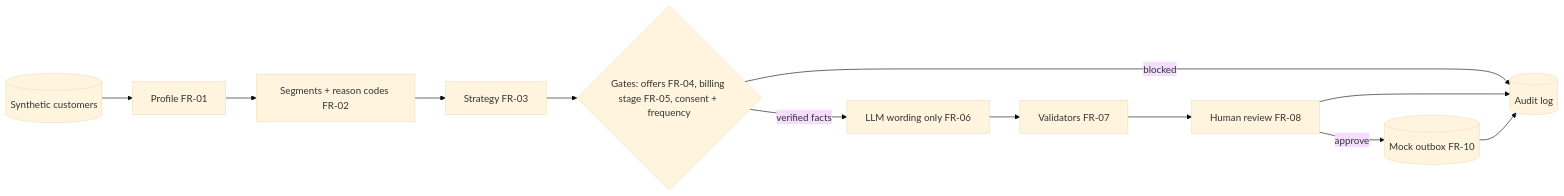
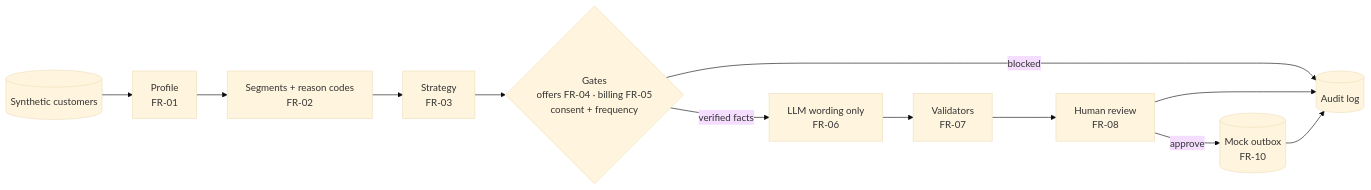
Before and after one commit to RuhelaDhruv745/practice-project: the diagram in README.md, drawn with Mermaid (base theme). The commit also changed other lines of this file and 1 other file, not shown here.

````diff
--- a/README.md
+++ b/README.md
@@ -15,14 +53,14 @@
 ```mermaid
 flowchart LR
-  CSV[(Synthetic customers)] --> P[Profile FR-01]
-  P --> S[Segments + reason codes FR-02]
-  S --> ST[Strategy FR-03]
-  ST --> G{Gates: offers FR-04, billing stage FR-05, consent + frequency}
+  CSV[(Synthetic customers)] --> P[Profile<br/>FR-01]
+  P --> S[Segments + reason codes<br/>FR-02]
+  S --> ST[Strategy<br/>FR-03]
+  ST --> G{Gates<br/>offers FR-04 · billing FR-05<br/>consent + frequency}
   G -- blocked --> A[(Audit log)]
-  G -- verified facts --> L[LLM wording only FR-06]
-  L --> V[Validators FR-07]
-  V --> R[Human review FR-08]
-  R -- approve --> O[(Mock outbox FR-10)]
+  G -- verified facts --> L[LLM wording only<br/>FR-06]
+  L --> V[Validators<br/>FR-07]
+  V --> R[Human review<br/>FR-08]
+  R -- approve --> O[(Mock outbox<br/>FR-10)]
   R --> A
   O --> A
 ```
````
